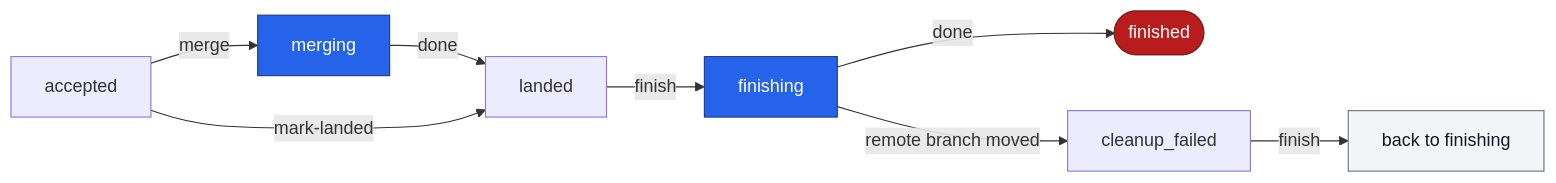
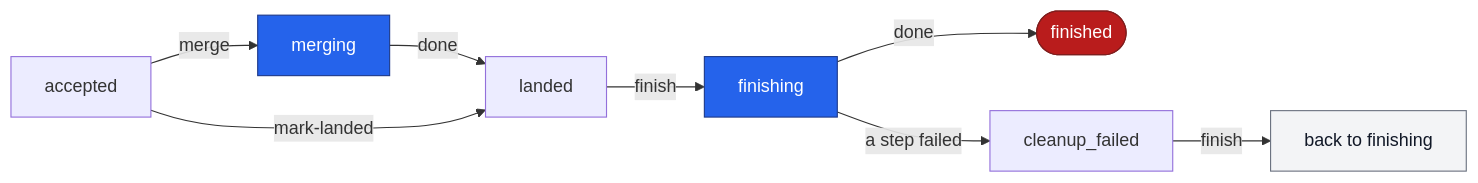
One commit to codeguru42/tasker changed the fifth of 9 diagrams in docs/statemachine.md. Above: the diagram before and after it, drawn with Mermaid. The commit also changed 1 other file, not shown here.

Commit message:
docs: Document tasker finish in the task commands and the state machine

````diff
--- a/docs/statemachine.md
+++ b/docs/statemachine.md
@@ -131,17 +131,17 @@
 ```mermaid
 flowchart LR
   AC[accepted] -->|merge| MG[merging]
   MG -->|done| L[landed]
   AC -->|mark-landed| L
   L -->|finish| FN[finishing]
   FN -->|done| F([finished])
-  FN -->|remote branch moved| CF[cleanup_failed]
+  FN -->|a step failed| CF[cleanup_failed]
   CF -->|finish| FN2[back to finishing]
 
   classDef terminal fill:#b91c1c,color:#fff,stroke:#7f1d1d;
   classDef spawn fill:#2563eb,color:#fff,stroke:#1e3a8a;
   classDef exit fill:#f3f4f6,color:#111827,stroke:#6b7280;
   class F terminal;
   class MG,FN spawn;
   class FN2 exit;
 ```
````
